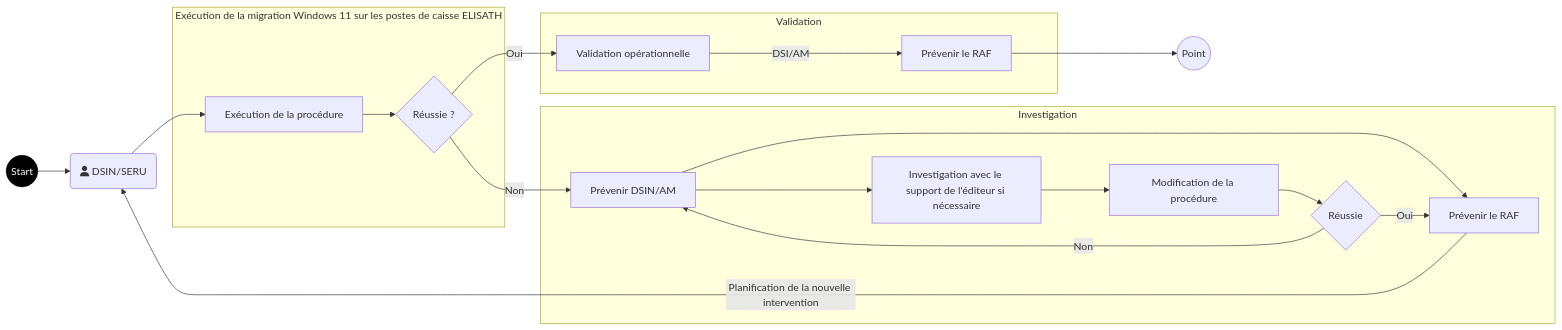
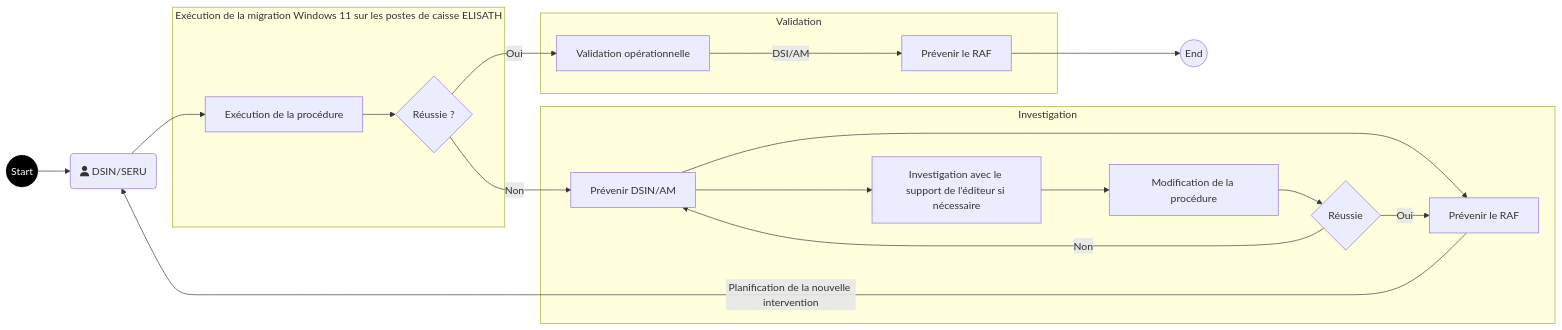
Before and after one commit to fdadda/iodraw-files: the diagram in all/Flux de validation.md, drawn with Mermaid.

Commit message:
2026-05-12 09:38:03 update

````diff
--- a/all/Flux de validation.md
+++ b/all/Flux de validation.md
@@ -1,29 +1,29 @@
 ```mermaid
 flowchart LR
 
     Start((Start)) --> A
     classDef startStyle fill:#000,stroke:#000,color:#fff
     class Start startStyle
     class End startStyle
     A(fa:fa-user DSIN/SERU) --> B[Exécution de la procédure]
     subgraph Exécution de la migration Windows 11 sur les postes de caisse ELISATH
     B --> C{Réussie ?}
     end
     subgraph Validation
         C -- Oui --> D[Validation opérationnelle]
         D -- DSI/AM --> J[Prévenir le RAF]
         
     end
-    J --> End((Point)) 
+    J --> End((End)) 
     subgraph Investigation
         C -- Non --> E[Prévenir DSIN/AM]
         E --> F[Prévenir le RAF]
         E --> G[Investigation avec le support de l'éditeur si nécessaire]
         G --> H[Modification de la procédure]
         H --> I{Réussie}
         I -- Oui --> F
         I -- Non --> E
     end
     F -- Planification de la nouvelle intervention --> A
     
 ```
````
